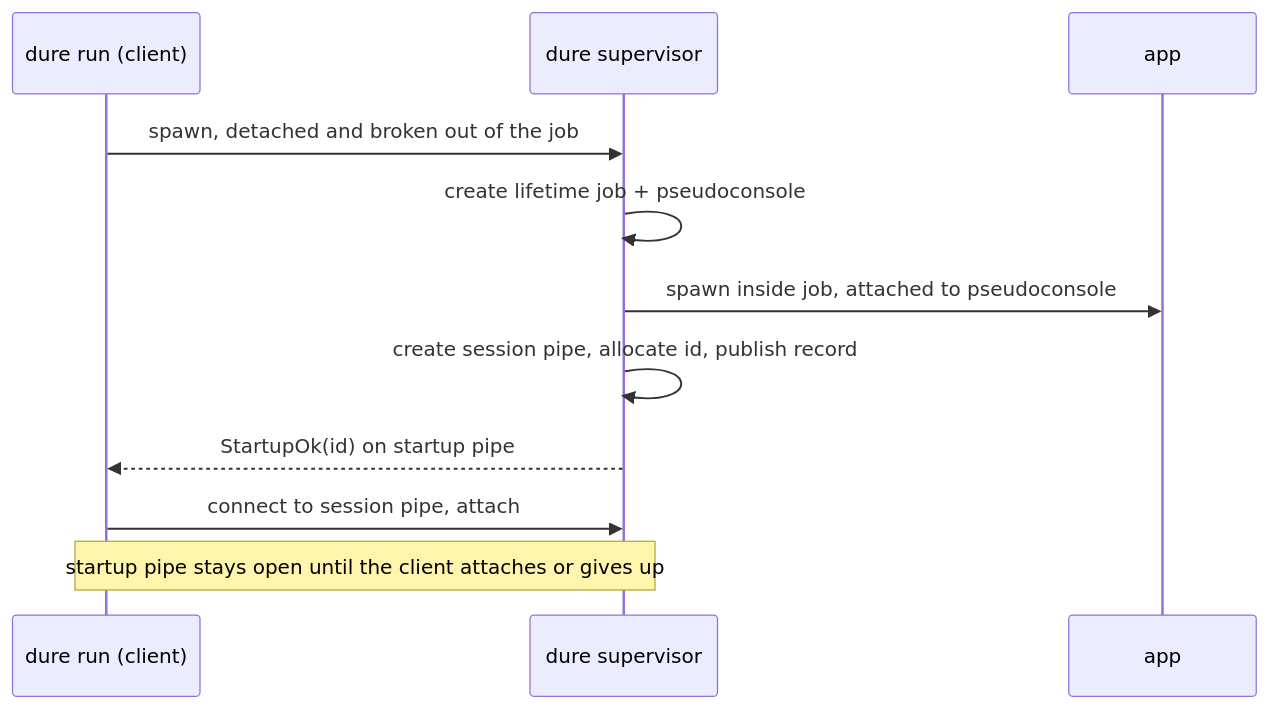
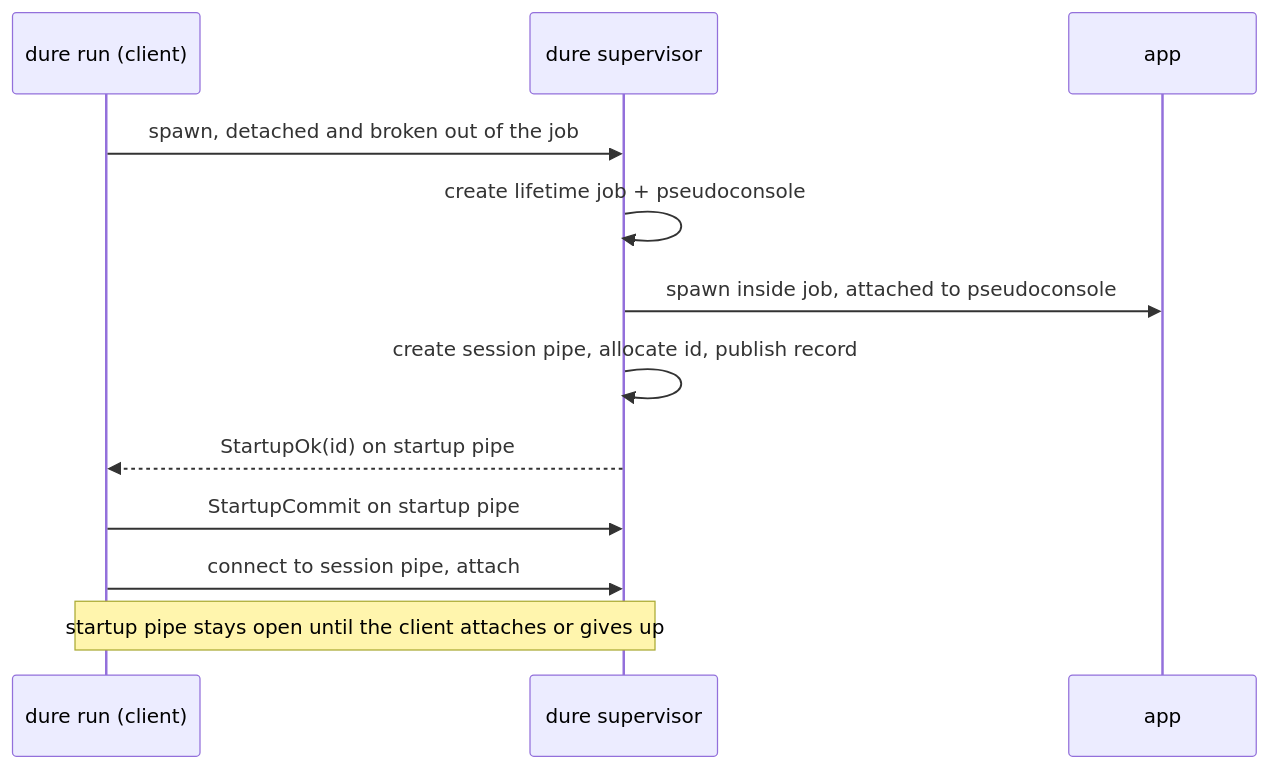
The first of 4 diagrams in packages/dure/docs/implementation.md (folo-rs/folo), drawn with Mermaid before and after one commit. The commit also changed other lines of this file and 12 other files, not shown here.

````diff
--- a/packages/dure/docs/implementation.md
+++ b/packages/dure/docs/implementation.md
@@ -13,13 +13,14 @@
 ```mermaid
 sequenceDiagram
   participant C as dure run (client)
   participant S as dure supervisor
   participant A as app
   C->>S: spawn, detached and broken out of the job
   S->>S: create lifetime job + pseudoconsole
   S->>A: spawn inside job, attached to pseudoconsole
   S->>S: create session pipe, allocate id, publish record
   S-->>C: StartupOk(id) on startup pipe
+  C->>S: StartupCommit on startup pipe
   C->>S: connect to session pipe, attach
   Note over C,S: startup pipe stays open until the client attaches or gives up
 ```
````
